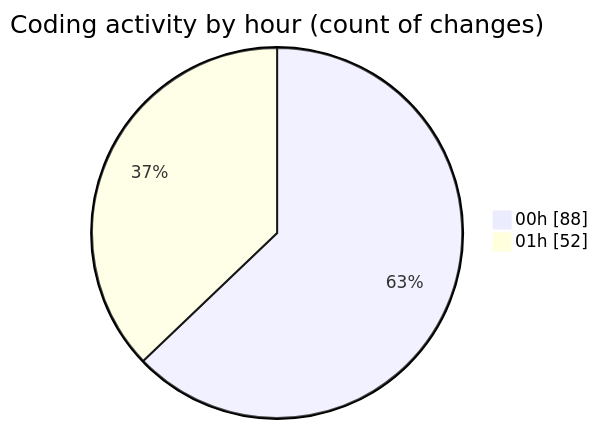
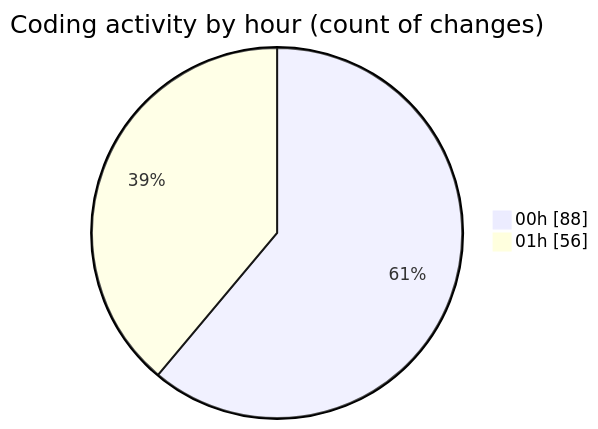
The second of 2 diagrams in 2025-08-16/rentotp/README.md (lephambinh05/code-tracking), drawn with Mermaid before and after one commit. The commit also changed other lines of this file and 1 other file, not shown here.

````diff
--- a/2025-08-16/rentotp/README.md
+++ b/2025-08-16/rentotp/README.md
@@ -46,6 +47,6 @@
 ```mermaid
 pie showData
 title Coding activity by hour (count of changes)
 "00h" : 88
-"01h" : 52
+"01h" : 56
 ```
````
